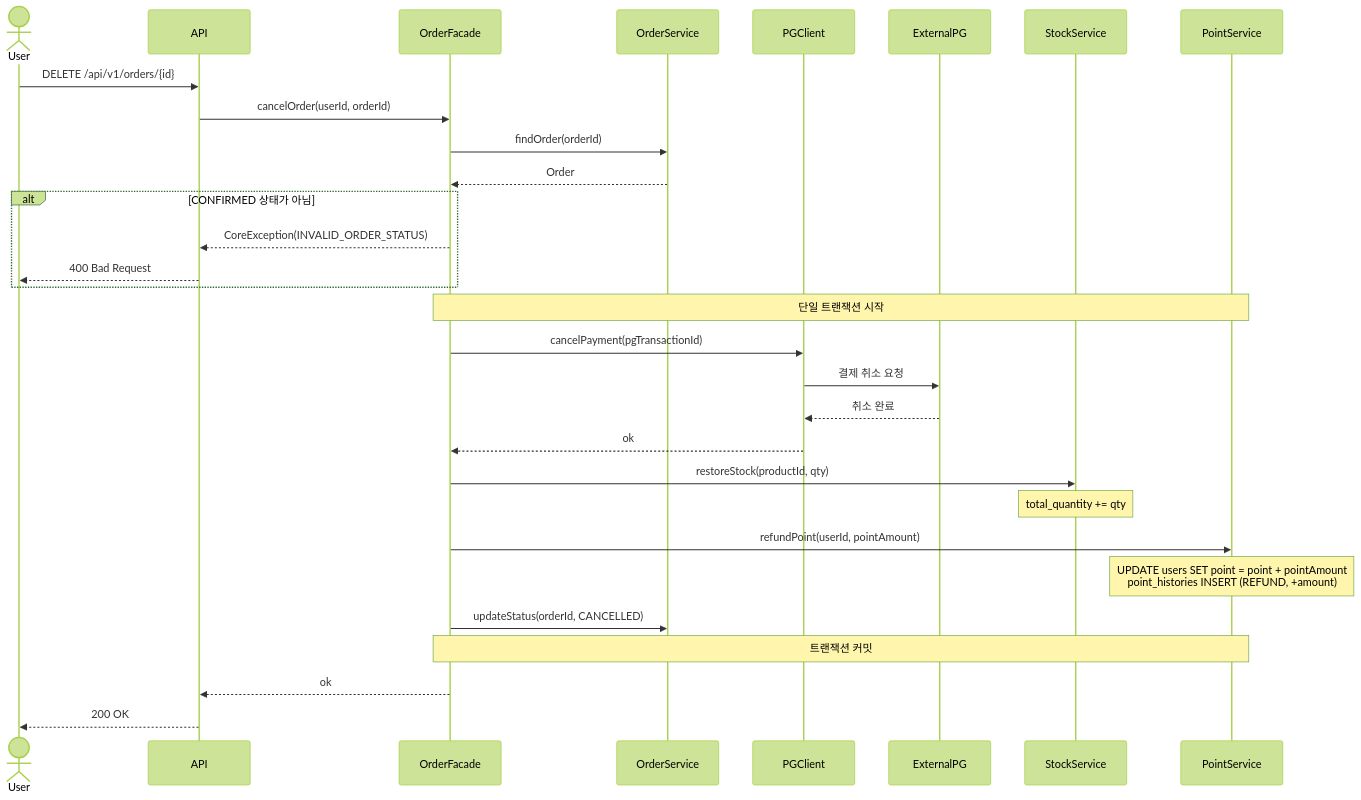
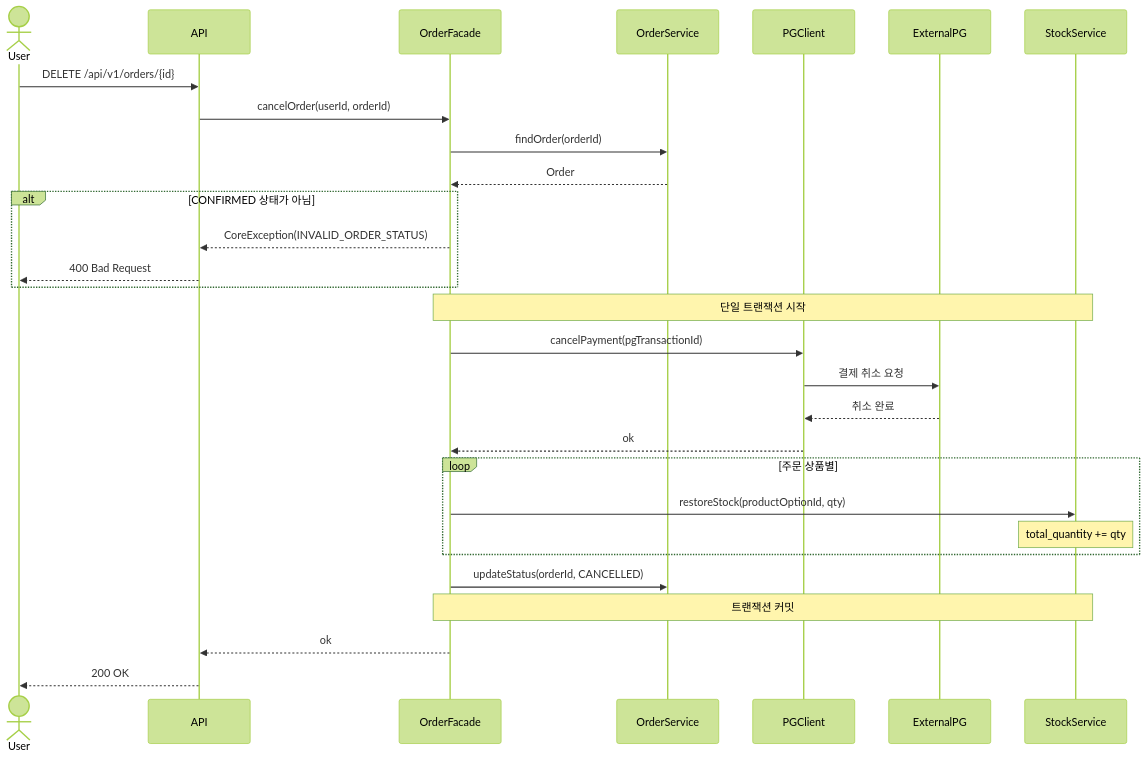
Before and after one commit to loopers-labs/loop-pack-be-l2-vol4-java: the fifth of 7 diagrams in .docs/design/02-sequence-diagrams.md, drawn with Mermaid (forest theme). The commit also changed other lines of this file and 3 other files, not shown here.

````diff
--- a/.docs/design/02-sequence-diagrams.md
+++ b/.docs/design/02-sequence-diagrams.md
@@ -175,42 +187,40 @@
 ```mermaid
 sequenceDiagram
     actor User
     participant API
     participant OrderFacade
     participant OrderService
     participant PGClient
     participant ExternalPG
     participant StockService
-    participant PointService
 
     User->>API: DELETE /api/v1/orders/{id}
     API->>OrderFacade: cancelOrder(userId, orderId)
 
     OrderFacade->>OrderService: findOrder(orderId)
     OrderService-->>OrderFacade: Order
 
     alt CONFIRMED 상태가 아님
         OrderFacade-->>API: CoreException(INVALID_ORDER_STATUS)
         API-->>User: 400 Bad Request
     end
 
-    Note over OrderFacade, PointService: 단일 트랜잭션 시작
+    Note over OrderFacade, StockService: 단일 트랜잭션 시작
 
     OrderFacade->>PGClient: cancelPayment(pgTransactionId)
     PGClient->>ExternalPG: 결제 취소 요청
     ExternalPG-->>PGClient: 취소 완료
     PGClient-->>OrderFacade: ok
 
-    OrderFacade->>StockService: restoreStock(productId, qty)
-    Note over StockService: total_quantity += qty
-
-    OrderFacade->>PointService: refundPoint(userId, pointAmount)
-    Note over PointService: UPDATE users SET point = point + pointAmount<br/>point_histories INSERT (REFUND, +amount)
+    loop 주문 상품별
+        OrderFacade->>StockService: restoreStock(productOptionId, qty)
+        Note over StockService: total_quantity += qty
+    end
 
     OrderFacade->>OrderService: updateStatus(orderId, CANCELLED)
 
-    Note over OrderFacade, PointService: 트랜잭션 커밋
+    Note over OrderFacade, StockService: 트랜잭션 커밋
 
     OrderFacade-->>API: ok
     API-->>User: 200 OK
 ```
````
